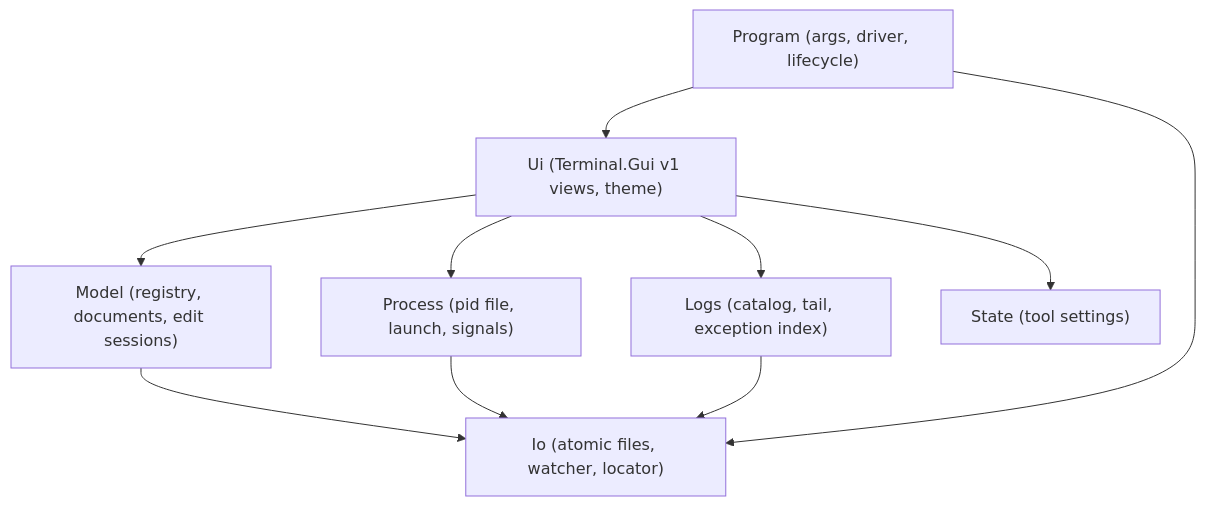
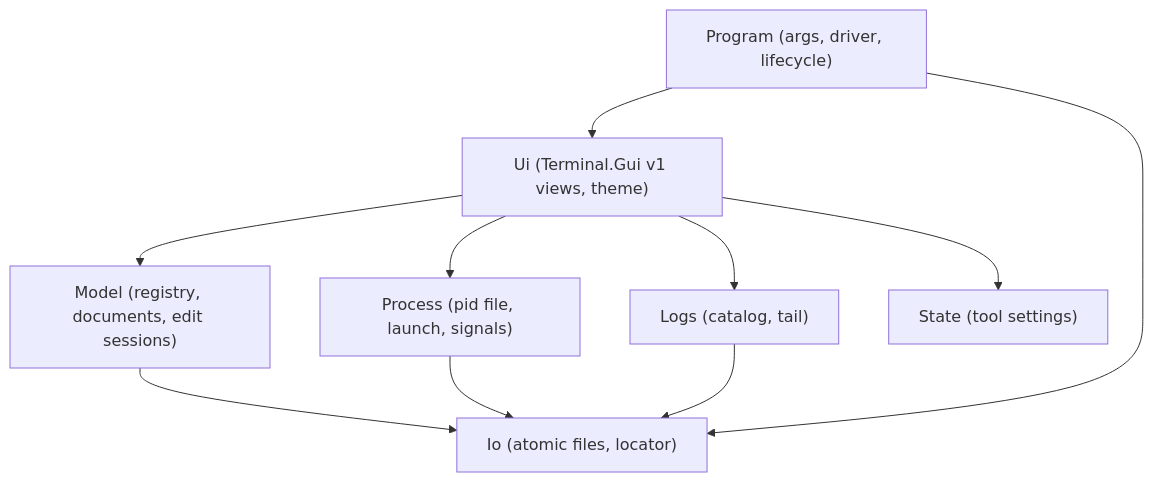
One commit to CometWorks/magnetar changed the first of 5 diagrams in Docs/ConfigTerminal.md. Above: the diagram before and after it, drawn with Mermaid. The commit also changed other lines of this file and 4 other files, not shown here.

````diff
--- a/Docs/ConfigTerminal.md
+++ b/Docs/ConfigTerminal.md
@@ -563,20 +580,20 @@
 ```mermaid
 graph TD
   Program["Program (args, driver, lifecycle)"]
   Ui["Ui (Terminal.Gui v1 views, theme)"]
   State["State (tool settings)"]
   Model["Model (registry, documents, edit sessions)"]
   Process["Process (pid file, launch, signals)"]
-  Logs["Logs (catalog, tail, exception index)"]
-  Io["Io (atomic files, watcher, locator)"]
+  Logs["Logs (catalog, tail)"]
+  Io["Io (atomic files, locator)"]
 
   Program --> Ui
   Program --> Io
   Ui --> Model
   Ui --> Process
   Ui --> Logs
   Ui --> State
   Model --> Io
   Process --> Io
   Logs --> Io
 ```
````
